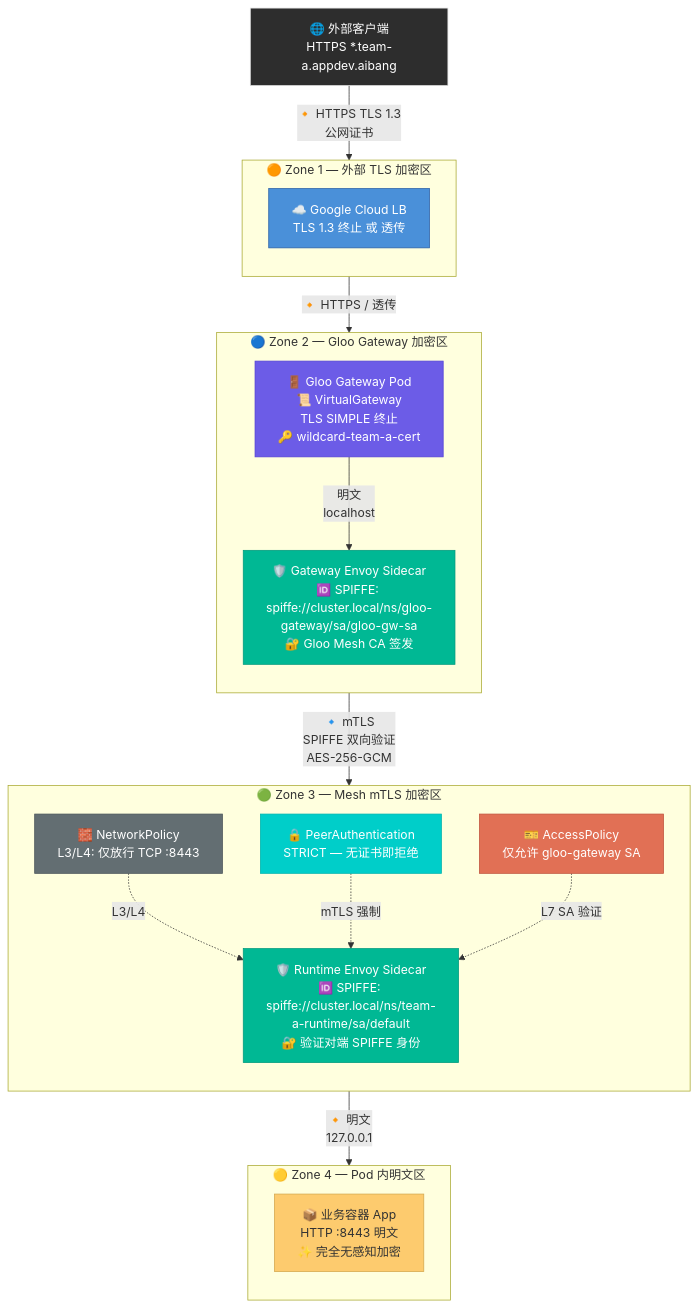
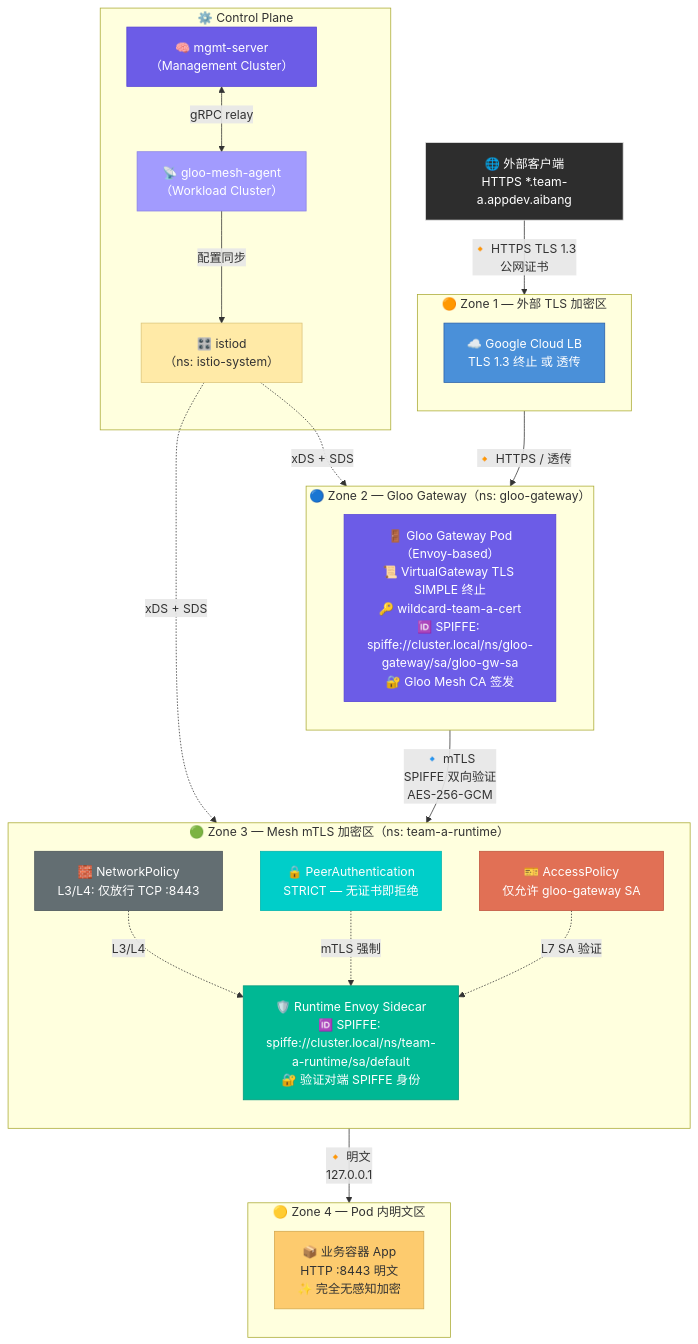
One commit to aibangjuxin/knowledge changed the fifth of 11 diagrams in gcp/asm/gloo/gloo-flow.md. Above: the diagram before and after it, drawn with Mermaid. The commit also changed other lines of this file and 2 other files, not shown here.

````diff
--- a/gcp/asm/gloo/gloo-flow.md
+++ b/gcp/asm/gloo/gloo-flow.md
@@ -393,47 +399,58 @@
 ```mermaid
 graph TD
     Client["🌐 外部客户端\nHTTPS *.team-a.appdev.aibang"]
 
     subgraph TLS_Zone["🟠 Zone 1 — 外部 TLS 加密区"]
         direction TB
         GLB["☁️ Google Cloud LB\nTLS 1.3 终止 或 透传"]
     end
 
-    subgraph GW_Zone["🔵 Zone 2 — Gloo Gateway 加密区"]
+    subgraph GW_Zone["🔵 Zone 2 — Gloo Gateway（ns: gloo-gateway）"]
         direction TB
-        GGW["🚪 Gloo Gateway Pod\n📜 VirtualGateway\nTLS SIMPLE 终止\n🔑 wildcard-team-a-cert"]
-        GGW_SC["🛡️ Gateway Envoy Sidecar\n🆔 SPIFFE: spiffe://cluster.local/ns/gloo-gateway/sa/gloo-gw-sa\n🔐 Gloo Mesh CA 签发"]
+        GGW["🚪 Gloo Gateway Pod（Envoy-based）\n📜 VirtualGateway TLS SIMPLE 终止\n🔑 wildcard-team-a-cert\n🆔 SPIFFE: spiffe://cluster.local/ns/gloo-gateway/sa/gloo-gw-sa\n🔐 Gloo Mesh CA 签发"]
     end
 
-    subgraph MESH_Zone["🟢 Zone 3 — Mesh mTLS 加密区"]
+    subgraph MESH_Zone["🟢 Zone 3 — Mesh mTLS 加密区（ns: team-a-runtime）"]
         direction TB
         NP["🧱 NetworkPolicy\nL3/L4: 仅放行 TCP :8443"]
         PA["🔒 PeerAuthentication\nSTRICT — 无证书即拒绝"]
         AP["🎫 AccessPolicy\n仅允许 gloo-gateway SA"]
         RT_SC["🛡️ Runtime Envoy Sidecar\n🆔 SPIFFE: spiffe://cluster.local/ns/team-a-runtime/sa/default\n🔐 验证对端 SPIFFE 身份"]
     end
 
     subgraph APP_Zone["🟡 Zone 4 — Pod 内明文区"]
         direction TB
         APP["📦 业务容器 App\nHTTP :8443 明文\n✨ 完全无感知加密"]
     end
 
+    subgraph CTRL["⚙️ Control Plane"]
+        MGMT["🧠 mgmt-server\n（Management Cluster）"]
+        AGENT["📡 gloo-mesh-agent\n（Workload Cluster）"]
+        ISTIOD["🎛️ istiod\n（ns: istio-system）"]
+    end
+
     Client -->|"🔸 HTTPS TLS 1.3\n公网证书"| GLB
     GLB -->|"🔸 HTTPS / 透传"| GGW
-    GGW -->|"明文\nlocalhost"| GGW_SC
-    GGW_SC -->|"🔹 mTLS\nSPIFFE 双向验证\nAES-256-GCM"| RT_SC
+    GGW -->|"🔹 mTLS\nSPIFFE 双向验证\nAES-256-GCM"| RT_SC
     NP -.->|"L3/L4"| RT_SC
     PA -.->|"mTLS 强制"| RT_SC
     AP -.->|"L7 SA 验证"| RT_SC
     RT_SC -->|"🔸 明文\n127.0.0.1"| APP
 
+    MGMT <-->|"gRPC relay"| AGENT
+    AGENT -->|"配置同步"| ISTIOD
+    ISTIOD -.->|"xDS + SDS"| GGW
+    ISTIOD -.->|"xDS + SDS"| RT_SC
+
     style Client fill:#2d2d2d,stroke:#e0e0e0,color:#fff
     style GLB fill:#4a90d9,stroke:#2a5fa8,color:#fff
     style GGW fill:#6c5ce7,stroke:#5341d6,color:#fff
-    style GGW_SC fill:#00b894,stroke:#009a7d,color:#fff
     style NP fill:#636e72,stroke:#4a5459,color:#fff
     style PA fill:#00cec9,stroke:#00b3ad,color:#fff
     style AP fill:#e17055,stroke:#c0553e,color:#fff
     style RT_SC fill:#00b894,stroke:#009a7d,color:#fff
     style APP fill:#fdcb6e,stroke:#d4a84e,color:#333
+    style MGMT fill:#6c5ce7,stroke:#5341d6,color:#fff
+    style AGENT fill:#a29bfe,stroke:#8a82e5,color:#fff
+    style ISTIOD fill:#ffeaa7,stroke:#dcc47a,color:#333
 ```
````
